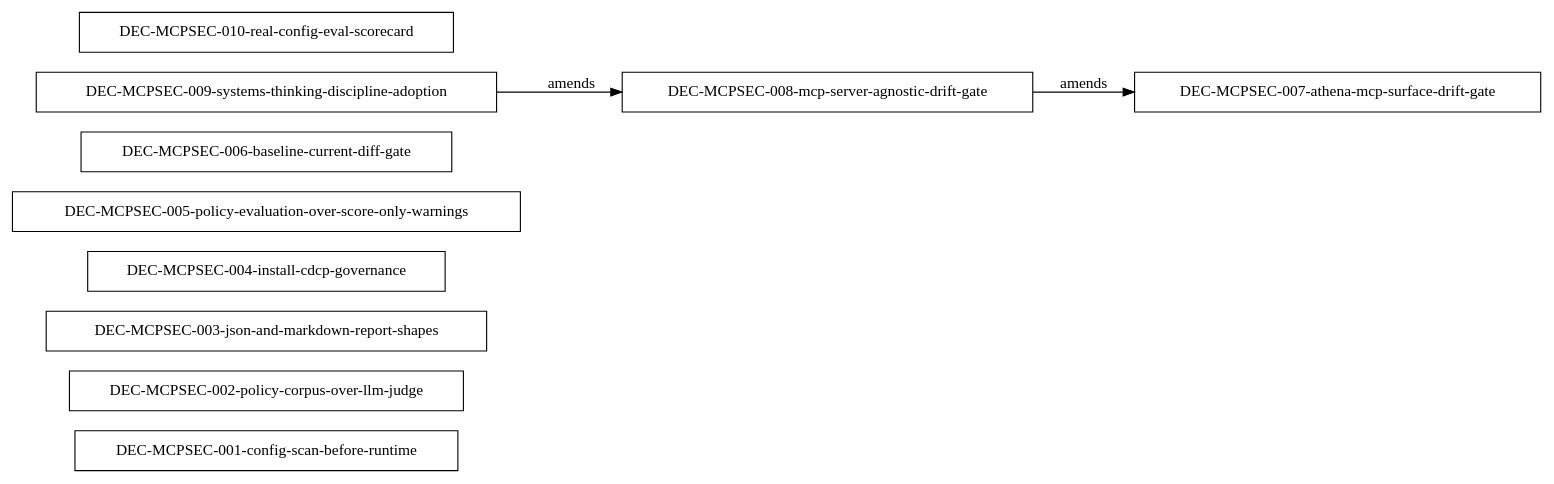
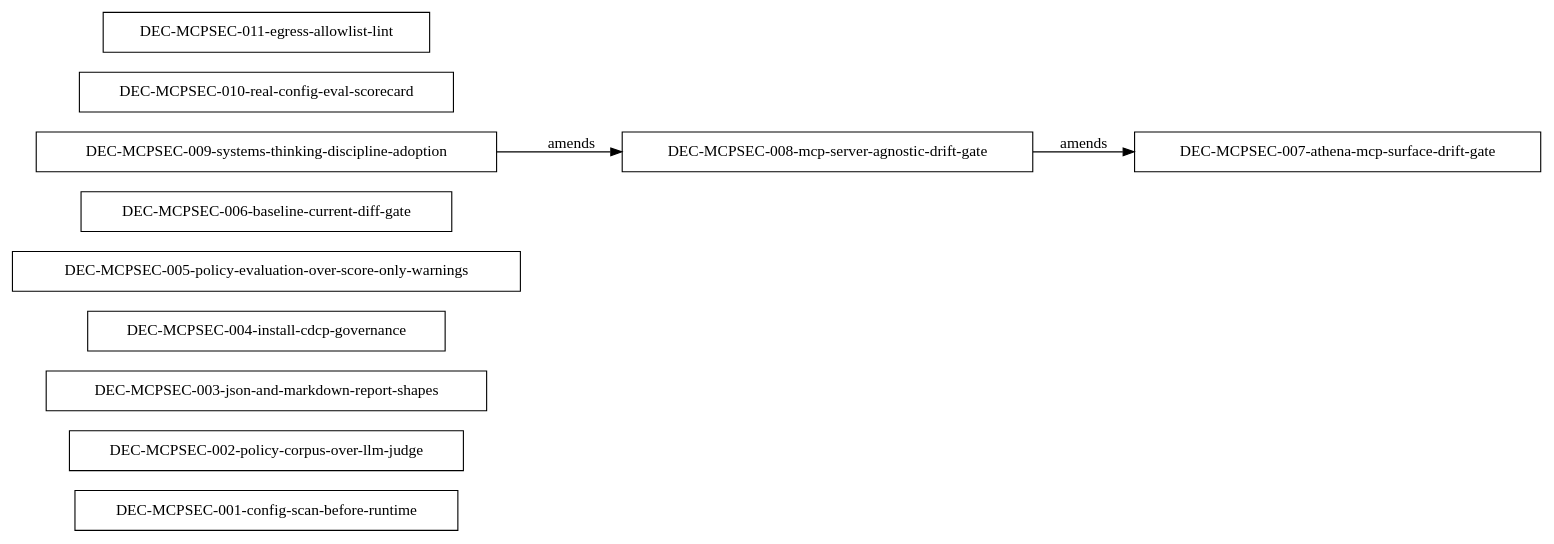
The diagram in ops/dec-graphs/mcp-security-lab.dot (AthenaTheOwl/athena-site), drawn with Graphviz before and after one commit. The commit also changed 17 other files, not shown here.

Commit message:
audit: weekly portfolio health + status + evidence quorum + DEC graphs + coverage + QA index

```diff
--- a/ops/dec-graphs/mcp-security-lab.dot
+++ b/ops/dec-graphs/mcp-security-lab.dot
@@ -1,15 +1,16 @@
 digraph dec_chains_mcp_security_lab {
   rankdir=LR;
   "DEC-MCPSEC-001-config-scan-before-runtime" [shape=box, style=solid];
   "DEC-MCPSEC-002-policy-corpus-over-llm-judge" [shape=box, style=solid];
   "DEC-MCPSEC-003-json-and-markdown-report-shapes" [shape=box, style=solid];
   "DEC-MCPSEC-004-install-cdcp-governance" [shape=box, style=solid];
   "DEC-MCPSEC-005-policy-evaluation-over-score-only-warnings" [shape=box, style=solid];
   "DEC-MCPSEC-006-baseline-current-diff-gate" [shape=box, style=solid];
   "DEC-MCPSEC-007-athena-mcp-surface-drift-gate" [shape=box, style=solid];
   "DEC-MCPSEC-008-mcp-server-agnostic-drift-gate" [shape=box, style=solid];
   "DEC-MCPSEC-009-systems-thinking-discipline-adoption" [shape=box, style=solid];
   "DEC-MCPSEC-010-real-config-eval-scorecard" [shape=box, style=solid];
+  "DEC-MCPSEC-011-egress-allowlist-lint" [shape=box, style=solid];
   "DEC-MCPSEC-008-mcp-server-agnostic-drift-gate" -> "DEC-MCPSEC-007-athena-mcp-surface-drift-gate" [label="amends"];
   "DEC-MCPSEC-009-systems-thinking-discipline-adoption" -> "DEC-MCPSEC-008-mcp-server-agnostic-drift-gate" [label="amends"];
 }
```
